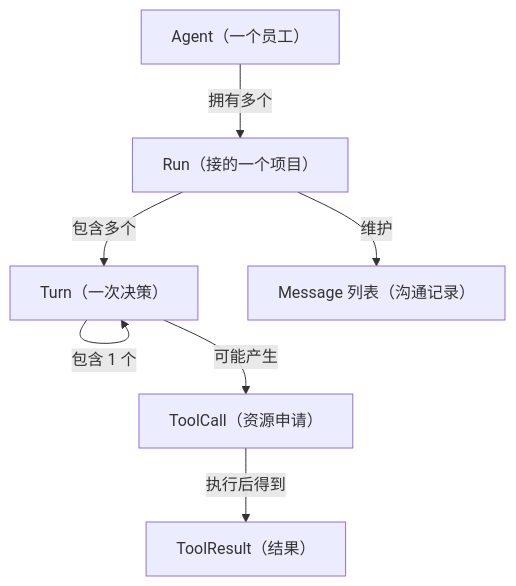
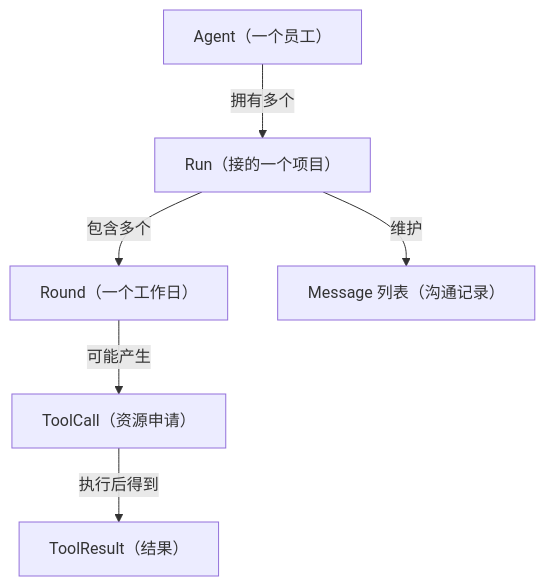
One commit to limenagent/prodagent changed the first of 4 diagrams in docs/book/ch01.md. Above: the diagram before and after it, drawn with Mermaid. The commit also changed other lines of this file and 44 other files, not shown here.

````diff
--- a/docs/book/ch01.md
+++ b/docs/book/ch01.md
@@ -49,9 +49,8 @@
 ```mermaid
 graph TD
     Agent["Agent（一个员工）"] -->|拥有多个| Run["Run（接的一个项目）"]
-    Run -->|包含多个| Turn["Turn（一个工作日）"]
-    Turn -->|包含 1 个| Turn["Turn（一次决策）"]
-    Turn -->|可能产生| ToolCall["ToolCall（资源申请）"]
+    Run -->|包含多个| Round["Round（一个工作日）"]
+    Round -->|可能产生| ToolCall["ToolCall（资源申请）"]
     ToolCall -->|执行后得到| ToolResult["ToolResult（结果）"]
     Run -->|维护| Messages["Message 列表（沟通记录）"]
 ```
````
